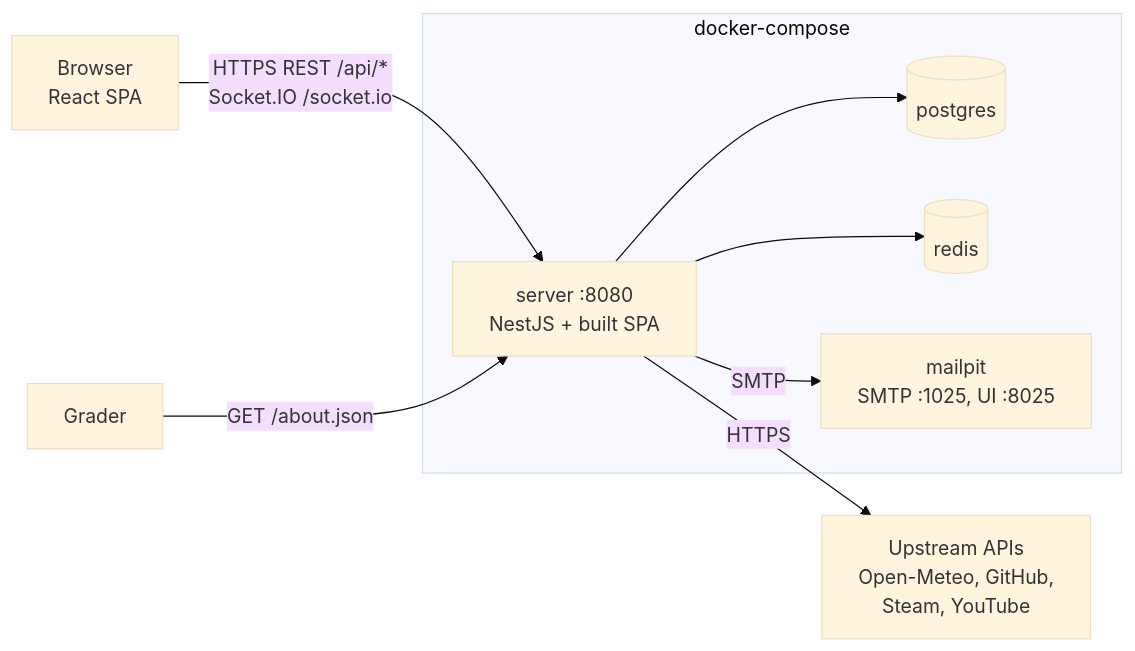
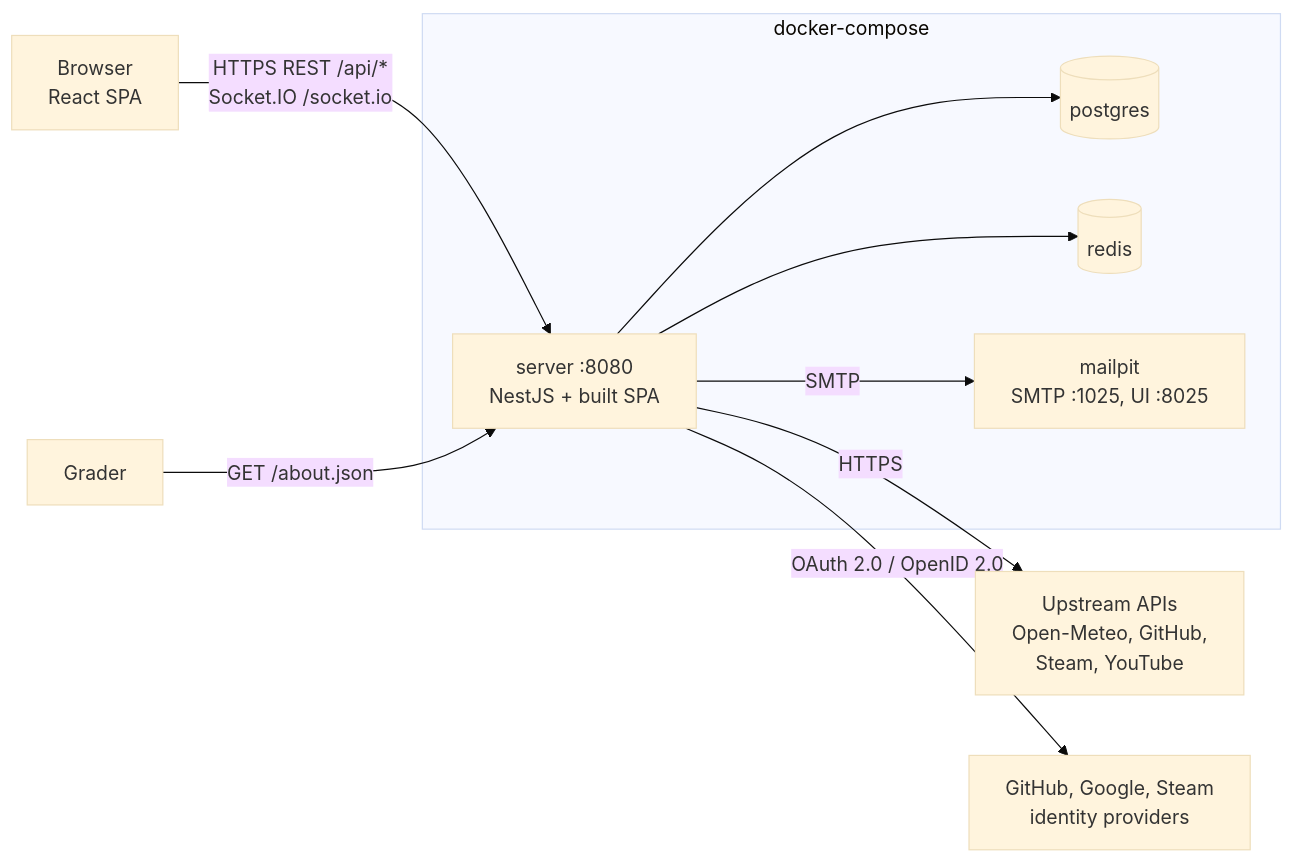
One commit to tekClovis/DashBoard changed the first of 4 diagrams in docs/Architecture.md. Above: the diagram before and after it, drawn with Mermaid (base theme). The commit also changed other lines of this file and 63 other files, not shown here.

````diff
--- a/docs/Architecture.md
+++ b/docs/Architecture.md
@@ -7,15 +23,16 @@
 ```mermaid
 flowchart LR
   B[Browser<br/>React SPA] -- "HTTPS REST /api/*<br/>Socket.IO /socket.io" --> S
   G[Grader] -- "GET /about.json" --> S
   subgraph compose[docker-compose]
     S[server :8080<br/>NestJS + built SPA]
     P[(postgres)]
     R[(redis)]
     M[mailpit<br/>SMTP :1025, UI :8025]
   end
   S --> P
   S --> R
   S -- SMTP --> M
   S -- HTTPS --> U[Upstream APIs<br/>Open-Meteo, GitHub,<br/>Steam, YouTube]
+  S -- "OAuth 2.0 / OpenID 2.0" --> O[GitHub, Google, Steam<br/>identity providers]
 ```
````
